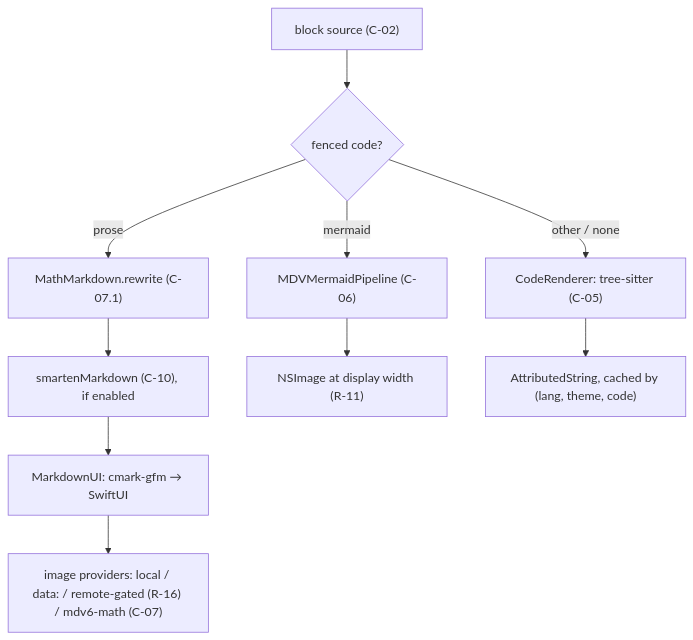
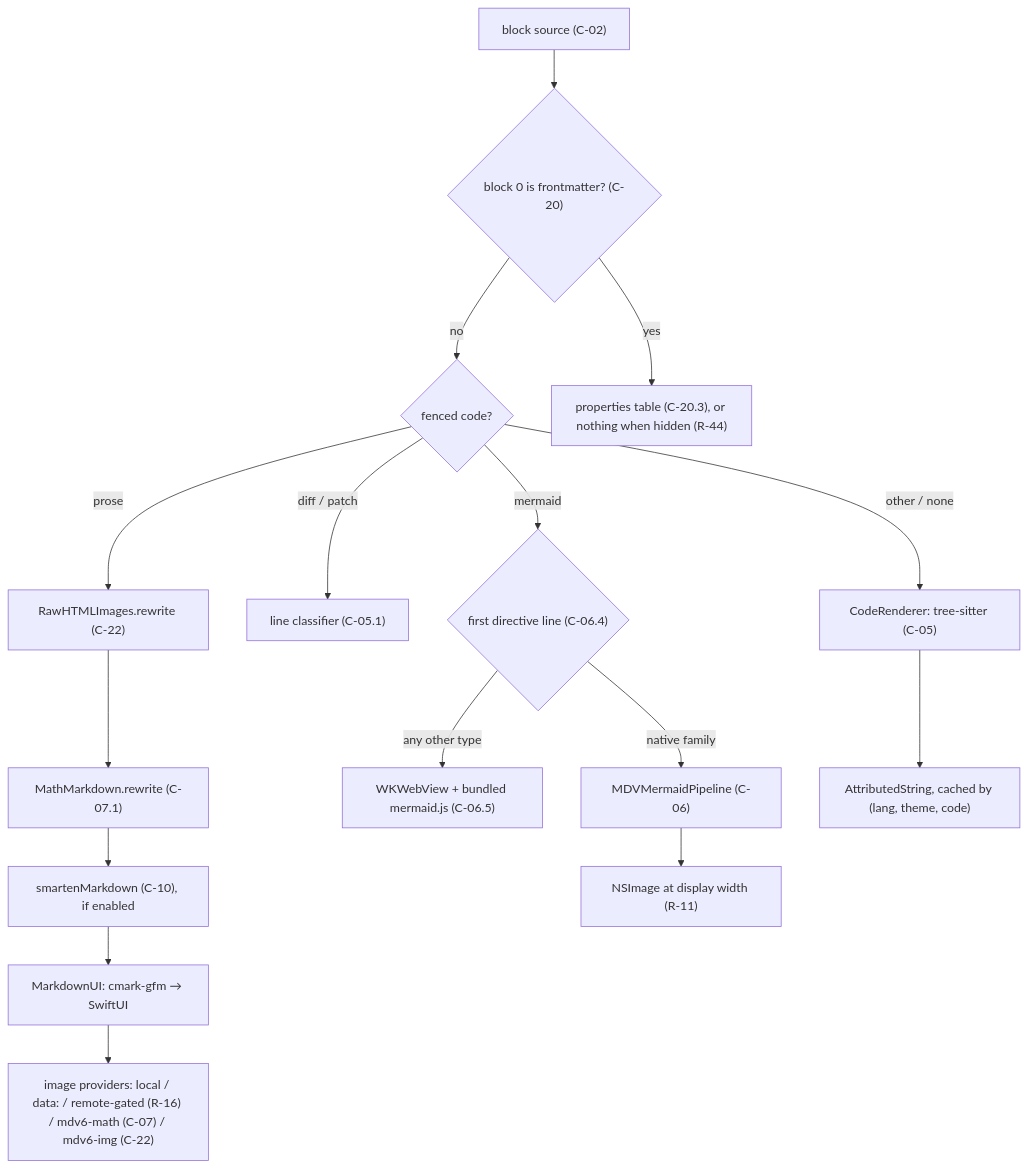
Before and after one commit to rioffe/mdv_claude_opus: the second of 2 diagrams in SPEC.md, drawn with Mermaid. The commit also changed other lines of this file and 8 other files, not shown here.

````diff
--- a/SPEC.md
+++ b/SPEC.md
@@ -149,12 +162,20 @@
 ```mermaid
 flowchart TD
-    B["block source (C-02)"] --> F{"fenced code?"}
-    F -->|"mermaid"| M["MDVMermaidPipeline (C-06)"]
+    B["block source (C-02)"]
+    F{"fenced code?"}
+    B --> FM{"block 0 is frontmatter? (C-20)"}
+    FM -->|"yes"| FT["properties table (C-20.3), or nothing when hidden (R-44)"]
+    FM -->|"no"| F
+    F -->|"mermaid"| D{"first directive line (C-06.4)"}
+    D -->|"native family"| M["MDVMermaidPipeline (C-06)"]
+    D -->|"any other type"| W["WKWebView + bundled mermaid.js (C-06.5)"]
+    F -->|"diff / patch"| DF["line classifier (C-05.1)"]
     F -->|"other / none"| TS["CodeRenderer: tree-sitter (C-05)"]
-    F -->|"prose"| MR["MathMarkdown.rewrite (C-07.1)"]
+    F -->|"prose"| RI["RawHTMLImages.rewrite (C-22)"]
+    RI --> MR["MathMarkdown.rewrite (C-07.1)"]
     MR --> ST["smartenMarkdown (C-10), if enabled"]
     ST --> MU["MarkdownUI: cmark-gfm → SwiftUI"]
-    MU --> IP["image providers: local / data: / remote-gated (R-16) / mdv6-math (C-07)"]
+    MU --> IP["image providers: local / data: / remote-gated (R-16) / mdv6-math (C-07) / mdv6-img (C-22)"]
     M --> IMG["NSImage at display width (R-11)"]
     TS --> AS["AttributedString, cached by (lang, theme, code)"]
 ```
````
